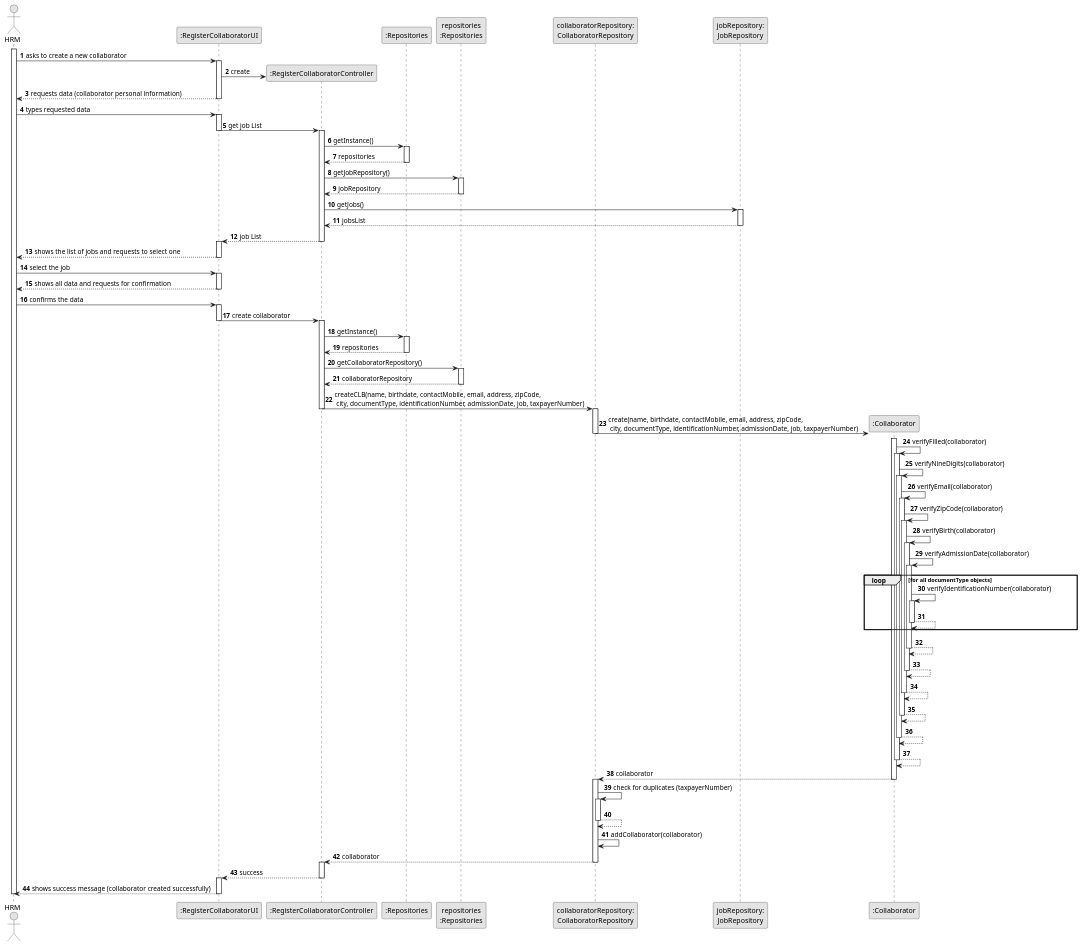
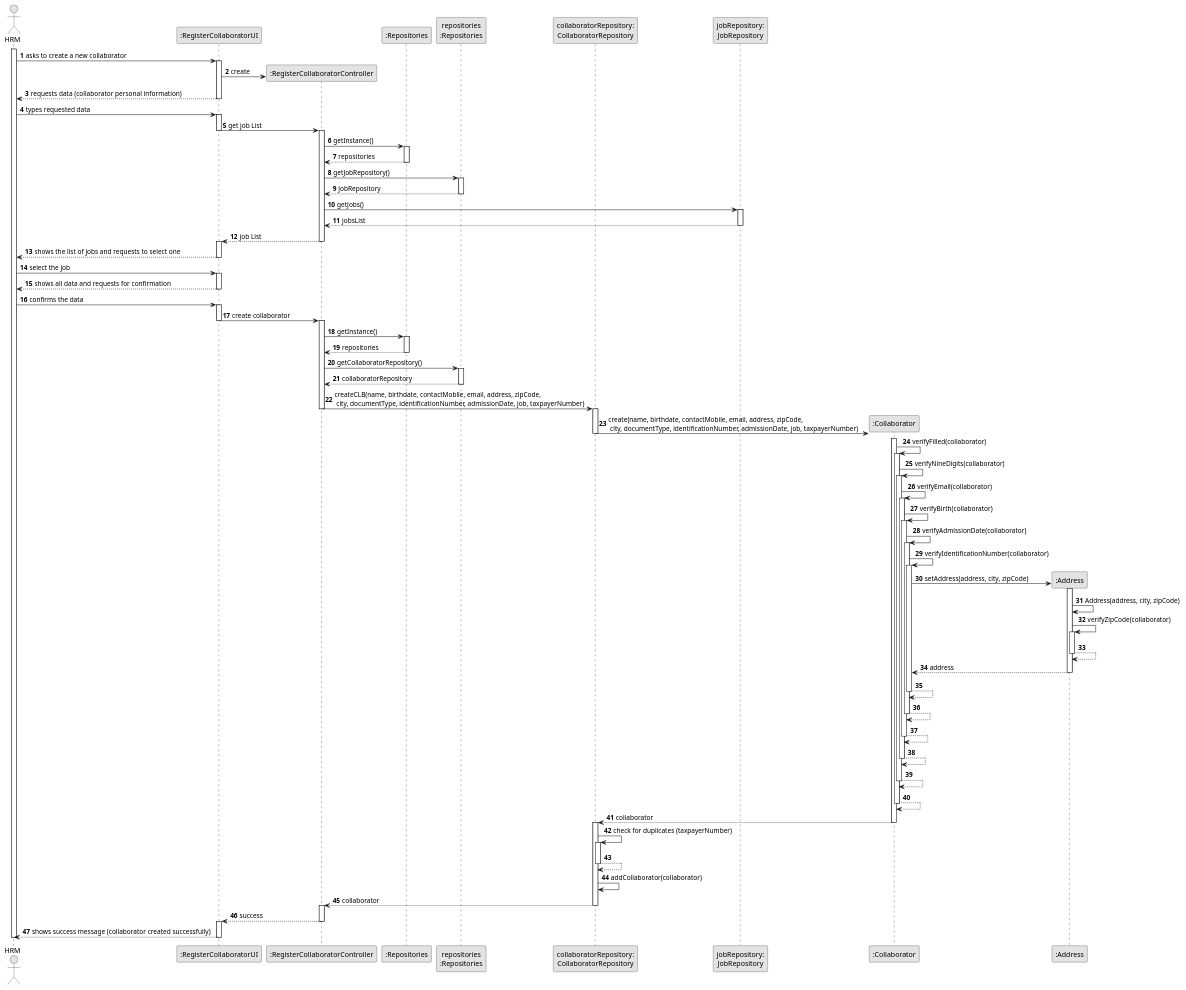
Before and after one commit to ricardomm7/leaflink: the diagram in docs/sprintB/us003/03.design/puml/us003-sequence-diagram-full.puml, drawn with PlantUML. The commit also changed 20 other files, not shown here.

Commit message:
Address Class added. Modifications in US3 design. All images exported.

```diff
--- a/docs/sprintB/us003/03.design/puml/us003-sequence-diagram-full.puml
+++ b/docs/sprintB/us003/03.design/puml/us003-sequence-diagram-full.puml
@@ -1,142 +1,148 @@
 @startuml
 skinparam monochrome true
 skinparam packageStyle rectangle
 skinparam shadowing false
 
 autonumber
 
 actor "HRM" as HRM
 participant ":RegisterCollaboratorUI" as UI
 participant ":RegisterCollaboratorController" as CTRL
 participant ":Repositories" as GlobRepo
 participant "repositories\n:Repositories" as PLAT
 participant "collaboratorRepository:\nCollaboratorRepository" as CLBREP
 participant "jobRepository:\nJobRepository" as jobRepository
 participant ":Collaborator" as CLB
+participant ":Address" as Address
+
 
 
 activate HRM
 
 HRM -> UI : asks to create a new collaborator
 activate UI
 
 UI -> CTRL** : create
 
 UI --> HRM : requests data (collaborator personal information)
 deactivate UI
 
 HRM -> UI : types requested data
 activate UI
 
 UI -> CTRL: get job List
 deactivate UI
 
 activate CTRL
 CTRL -> GlobRepo : getInstance()
 activate GlobRepo
 GlobRepo --> CTRL : repositories
 deactivate GlobRepo
 CTRL -> PLAT : getJobRepository()
 activate PLAT
 PLAT -->  CTRL: jobRepository
 deactivate PLAT
 CTRL -> jobRepository : getJobs()
 activate jobRepository
 jobRepository --> CTRL : jobsList
 deactivate jobRepository
 CTRL -->UI : job List
 deactivate CTRL
 activate UI
 
 UI --> HRM : shows the list of jobs and requests to select one
 deactivate UI
 
 
 HRM -> UI : select the job
 activate UI
 
 UI --> HRM: shows all data and requests for confirmation
 deactivate UI
 
 HRM -> UI: confirms the data
 activate UI
 
 UI -> CTRL : create collaborator
 
 deactivate UI
 activate CTRL
 
 CTRL -> GlobRepo : getInstance()
 activate GlobRepo
 GlobRepo --> CTRL : repositories
 deactivate GlobRepo
 CTRL -> PLAT : getCollaboratorRepository()
 activate PLAT
 PLAT -->  CTRL: collaboratorRepository
 deactivate PLAT
 
 CTRL -> CLBREP : createCLB(name, birthdate, contactMobile, email, address, zipCode,\n city, documentType, identificationNumber, admissionDate, job, taxpayerNumber)
 deactivate CTRL
 
 activate CLBREP
 CLBREP->CLB** : create(name, birthdate, contactMobile, email, address, zipCode,\n city, documentType, identificationNumber, admissionDate, job, taxpayerNumber)
 deactivate CLBREP
 activate CLB
 CLB -> CLB : verifyFilled(collaborator)
 activate CLB
 CLB -> CLB : verifyNineDigits(collaborator)
 activate CLB
 CLB -> CLB : verifyEmail(collaborator)
 activate CLB
-CLB -> CLB : verifyZipCode(collaborator)
-activate CLB
 CLB -> CLB : verifyBirth(collaborator)
 activate CLB
 CLB -> CLB : verifyAdmissionDate(collaborator)
 activate CLB
 
-loop for all documentType objects
 CLB -> CLB : verifyIdentificationNumber(collaborator)
 activate CLB
+CLB -> Address** : setAddress(address, city, zipCode)
+activate Address
+Address -> Address : Address(address, city, zipCode)
+
+Address -> Address : verifyZipCode(collaborator)
+activate Address
+Address --> Address
+deactivate Address
+Address --> CLB : address
+deactivate Address
 CLB --> CLB
 deactivate CLB
-end loop
 
-CLB --> CLB
-deactivate CLB
 CLB --> CLB
 deactivate CLB
 CLB --> CLB
 deactivate CLB
 CLB --> CLB
 deactivate CLB
 CLB --> CLB
 deactivate CLB
 CLB --> CLB
 deactivate CLB
 
 
 
 CLB -->CLBREP : collaborator
 deactivate CLB
 activate CLBREP
 
 CLBREP -> CLBREP : check for duplicates (taxpayerNumber)
 activate CLBREP
 CLBREP --> CLBREP
 deactivate CLBREP
 
 CLBREP -> CLBREP: addCollaborator(collaborator)
 CLBREP --> CTRL : collaborator
 deactivate CLBREP
 activate CTRL
 
 
 
 CTRL --> UI : success
 deactivate CTRL
 activate UI
 UI --> HRM : shows success message (collaborator created successfully)
 deactivate UI
 deactivate HRM
 @enduml
```
